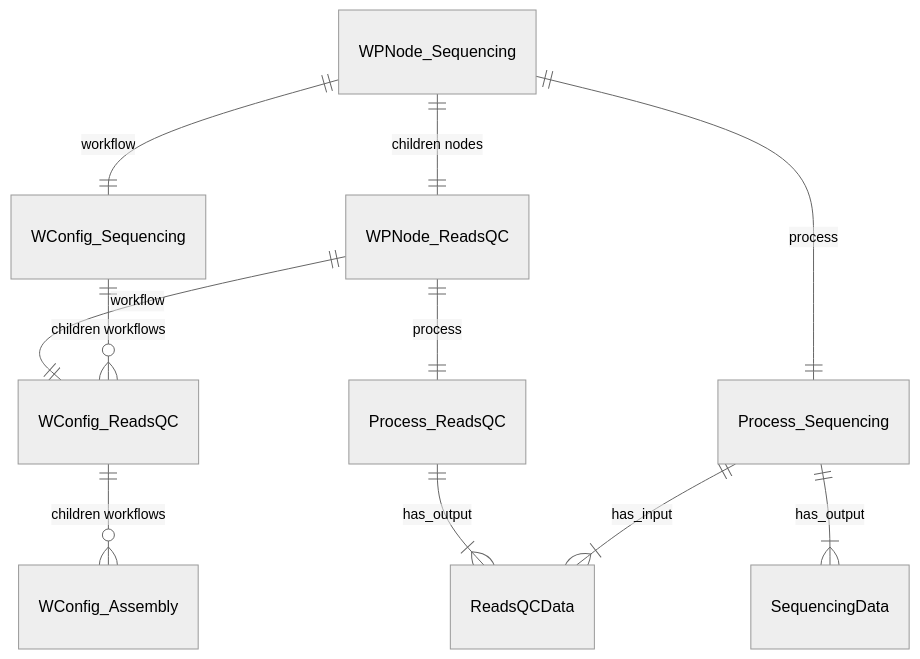
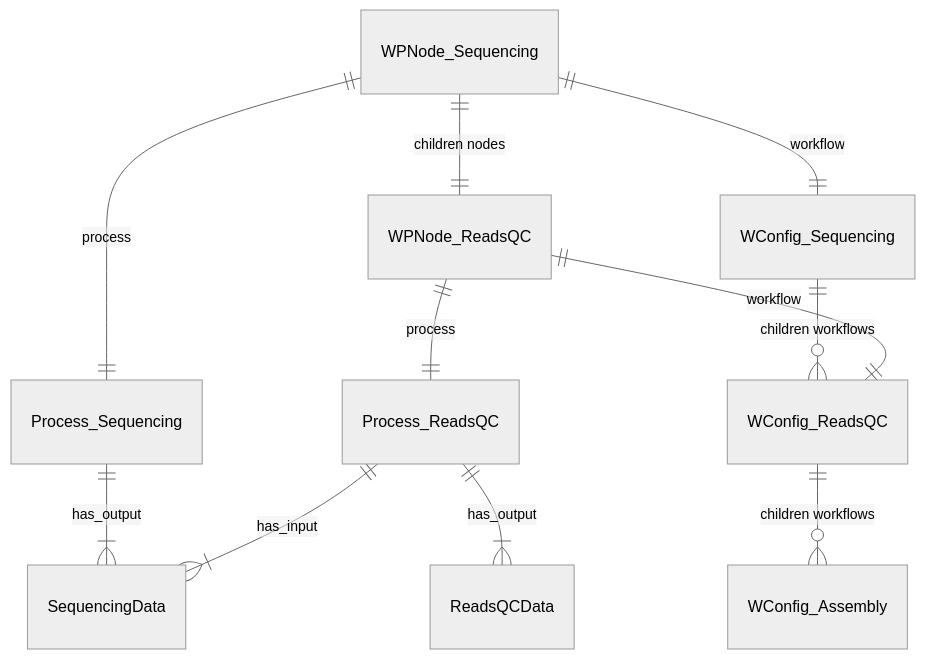
Before and after one commit to microbiomedata/nmdc-edge: the second of 2 diagrams in README.md, drawn with Mermaid (neutral theme).

Commit message:
update graph

````diff
--- a/README.md
+++ b/README.md
@@ -47,13 +47,13 @@
 ```mermaid
 erDiagram
     WPNode_Sequencing ||--|| WPNode_ReadsQC: "children nodes"
     WPNode_Sequencing ||--|| WConfig_Sequencing: "workflow"
     WConfig_Sequencing ||--o{ WConfig_ReadsQC: "children workflows"
     WPNode_Sequencing ||--|| Process_Sequencing: "process"
     Process_Sequencing ||-- |{ SequencingData: "has_output"
     WPNode_ReadsQC ||--|| Process_ReadsQC: "process"
-    Process_Sequencing ||--|{ ReadsQCData: "has_input"
+    Process_ReadsQC ||--|{ SequencingData: "has_input"
     Process_ReadsQC ||-- |{ ReadsQCData: "has_output"
     WPNode_ReadsQC ||--|| WConfig_ReadsQC: "workflow"
     WConfig_ReadsQC ||--o{ WConfig_Assembly: "children workflows"
 ```
````
